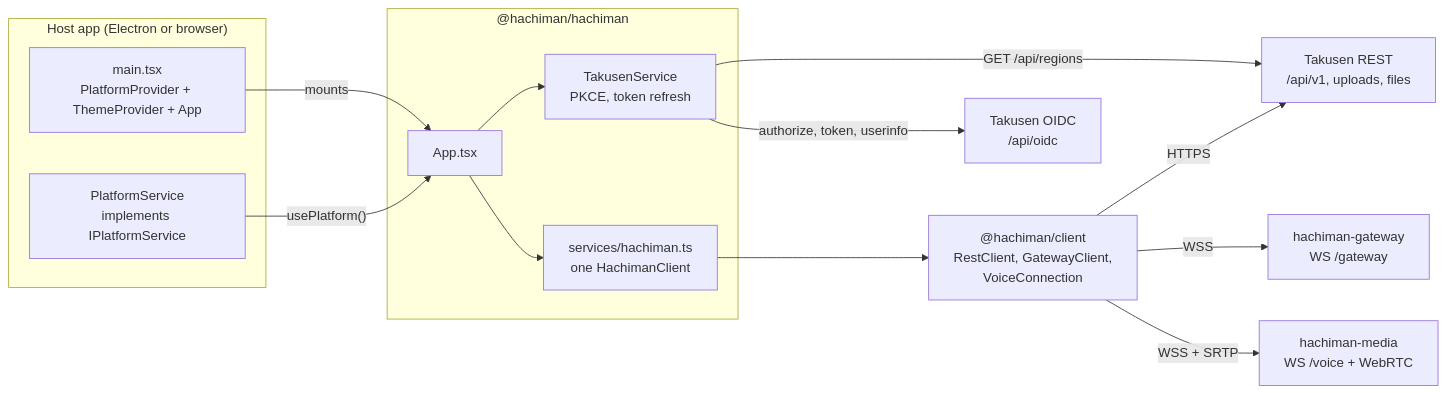
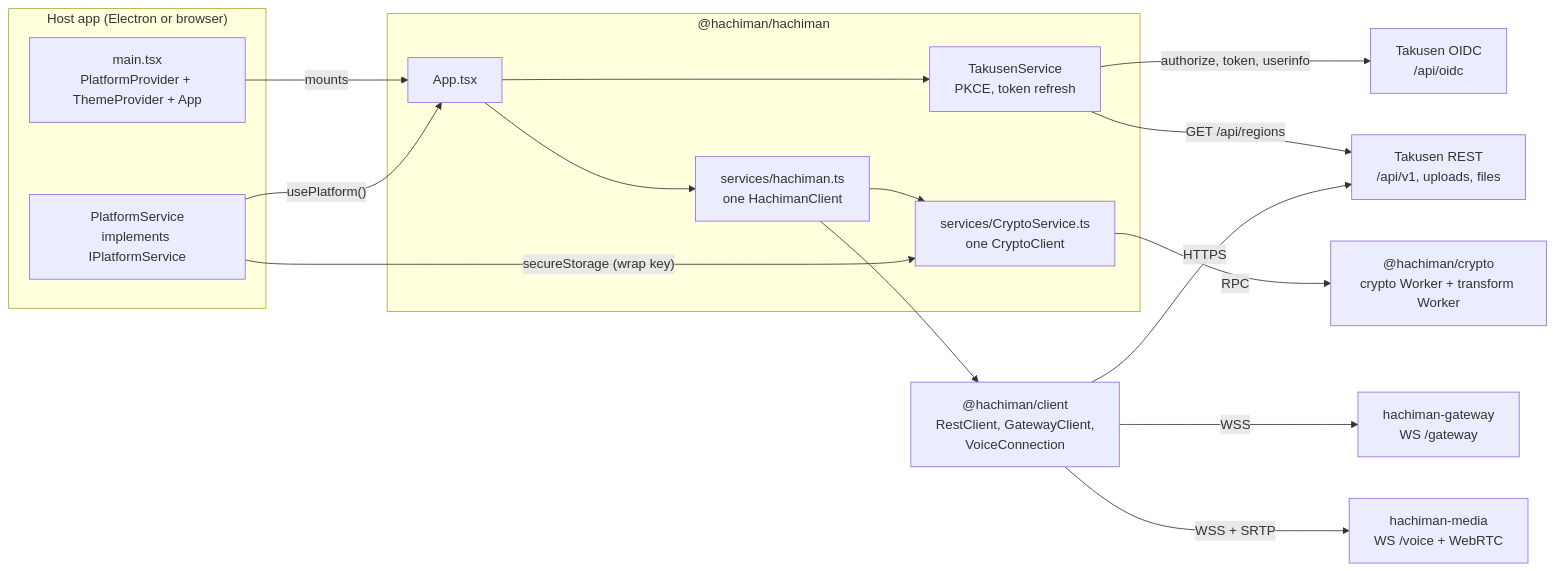
Before and after one commit to dan-hummelstad/hachiman: the first of 4 diagrams in apps/hachiman/README.md, drawn with Mermaid. The commit also changed other lines of this file and 339 other files, not shown here.

Commit message:
feat(e2ee): implement crypto package, Takusen DS, gateway/media, client lib, UI and hosts

````diff
--- a/apps/hachiman/README.md
+++ b/apps/hachiman/README.md
@@ -15,30 +16,35 @@
 ```mermaid
 flowchart LR
   subgraph Host["Host app (Electron or browser)"]
     PS["PlatformService<br/>implements IPlatformService"]
     MAIN["main.tsx<br/>PlatformProvider + ThemeProvider + App"]
   end
 
   subgraph UI["@hachiman/hachiman"]
     APP["App.tsx"]
     TS["TakusenService<br/>PKCE, token refresh"]
     H["services/hachiman.ts<br/>one HachimanClient"]
+    CS["services/CryptoService.ts<br/>one CryptoClient"]
   end
 
   CL["@hachiman/client<br/>RestClient, GatewayClient,<br/>VoiceConnection"]
+  CW["@hachiman/crypto<br/>crypto Worker + transform Worker"]
   OIDC["Takusen OIDC<br/>/api/oidc"]
   REST["Takusen REST<br/>/api/v1, uploads, files"]
   GW["hachiman-gateway<br/>WS /gateway"]
   MD["hachiman-media<br/>WS /voice + WebRTC"]
 
   MAIN -- mounts --> APP
   PS -- "usePlatform()" --> APP
   APP --> TS
   APP --> H
+  H --> CS
+  PS -- "secureStorage (wrap key)" --> CS
+  CS -- "RPC" --> CW
   TS -- "authorize, token, userinfo" --> OIDC
   TS -- "GET /api/regions" --> REST
   H --> CL
   CL -- HTTPS --> REST
   CL -- WSS --> GW
   CL -- "WSS + SRTP" --> MD
 ```
````
